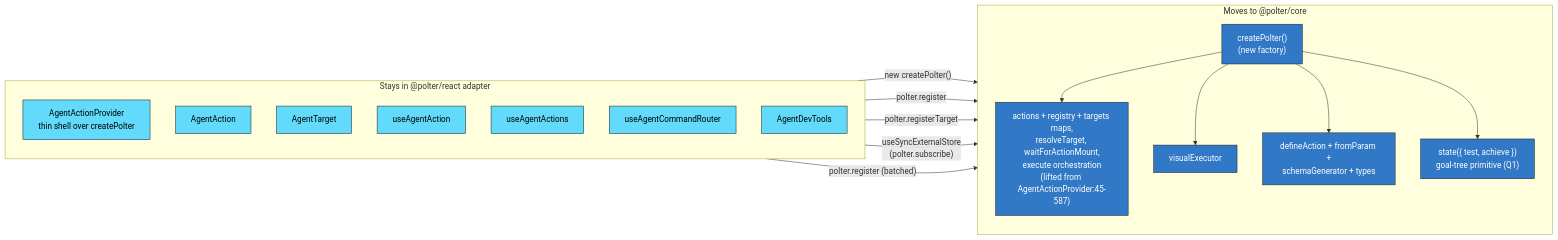
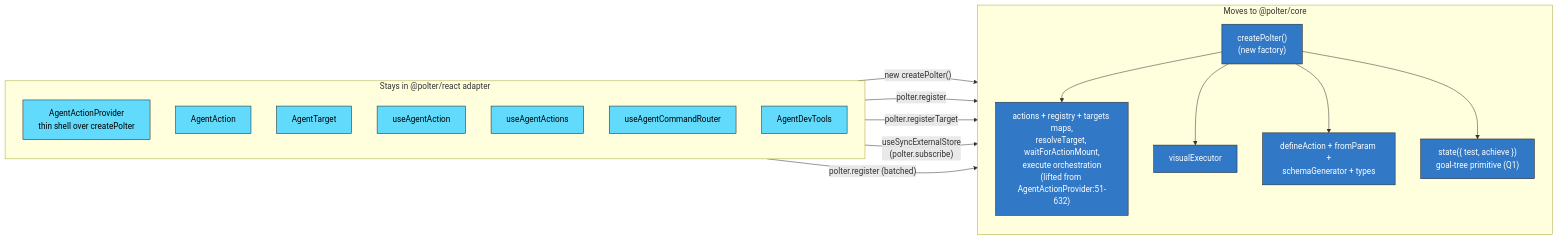
The second of 6 diagrams in docs/architecture.md (myDataValue/polter), drawn with Mermaid before and after one commit. The commit also changed other lines of this file, not shown here.

````diff
--- a/docs/architecture.md
+++ b/docs/architecture.md
@@ -66,35 +66,35 @@
 ```mermaid
 flowchart LR
   classDef react fill:#61dafb,stroke:#222,color:#000
   classDef core fill:#3178c6,stroke:#222,color:#fff
 
   subgraph stays["Stays in @polter/react adapter"]
     direction TB
     Provider2[AgentActionProvider<br/>thin shell over createPolter]:::react
     AAction2[AgentAction]:::react
     ATarget2[AgentTarget]:::react
     UseAction2[useAgentAction]:::react
     UseActions2[useAgentActions]:::react
     UseRouter2[useAgentCommandRouter]:::react
     DevTools2[AgentDevTools]:::react
   end
 
   subgraph moves["Moves to @polter/core"]
     direction TB
     CreatePolter["createPolter()<br/>(new factory)"]:::core
-    RegistryLogic["actions + registry + targets maps,<br/>resolveTarget, waitForActionMount,<br/>execute orchestration<br/>(lifted from AgentActionProvider:45-587)"]:::core
+    RegistryLogic["actions + registry + targets maps,<br/>resolveTarget, waitForActionMount,<br/>execute orchestration<br/>(lifted from AgentActionProvider:51-632)"]:::core
     Exec2[visualExecutor]:::core
     Core2["defineAction + fromParam +<br/>schemaGenerator + types"]:::core
     GoalTree["state({ test, achieve })<br/>goal-tree primitive (Q1)"]:::core
   end
 
   Provider2 -->|"new createPolter()"| CreatePolter
   AAction2 -->|"polter.register"| CreatePolter
   ATarget2 -->|"polter.registerTarget"| CreatePolter
   UseActions2 -->|"useSyncExternalStore<br/>(polter.subscribe)"| CreatePolter
   UseAction2 -->|"polter.register (batched)"| CreatePolter
   CreatePolter --> RegistryLogic
   CreatePolter --> Exec2
   CreatePolter --> Core2
   CreatePolter --> GoalTree
 ```
````
